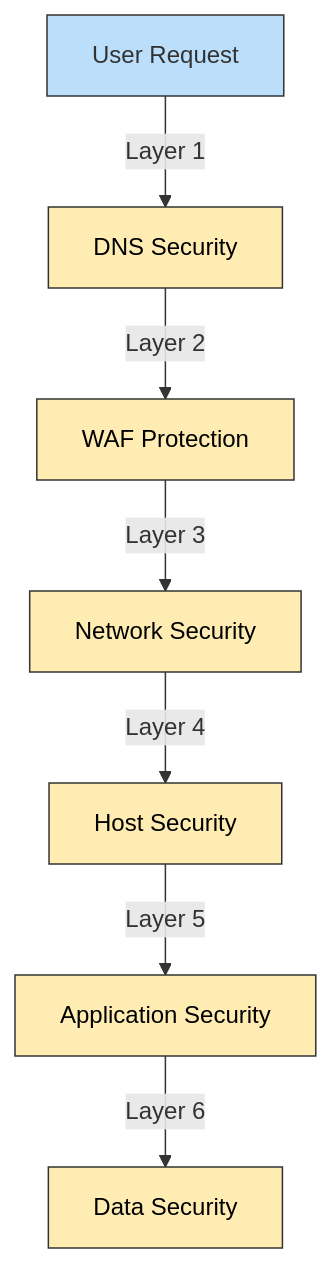
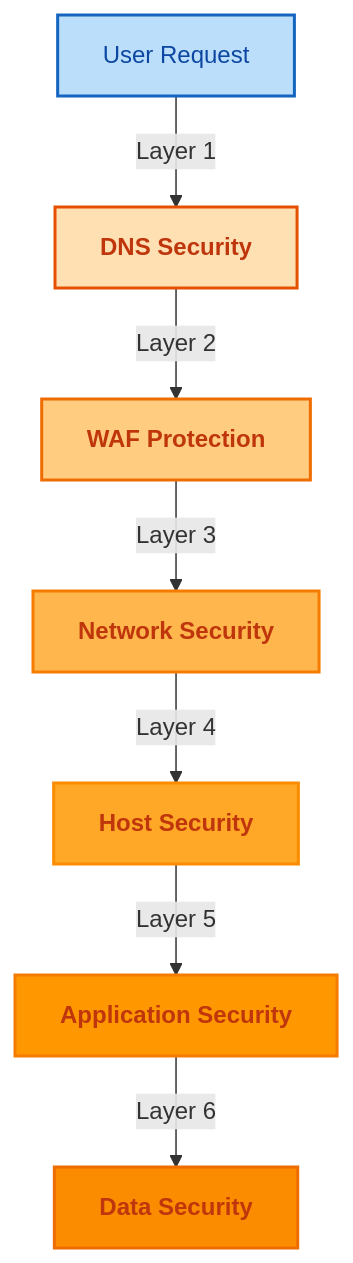
Before and after one commit to Hack23/cia: the eighth of 12 diagrams in SECURITY_ARCHITECTURE.md, drawn with Mermaid. The commit also changed other lines of this file, not shown here.

````diff
--- a/SECURITY_ARCHITECTURE.md
+++ b/SECURITY_ARCHITECTURE.md
@@ -623,17 +658,27 @@
 ```mermaid
 graph TD
+    %% Node styling classes
+    classDef userNode fill:#bbdefb,stroke:#1565c0,stroke-width:2px,color:#0d47a1
+    classDef layer1 fill:#ffe0b2,stroke:#e65100,stroke-width:2px,color:#bf360c,font-weight:bold
+    classDef layer2 fill:#ffcc80,stroke:#ef6c00,stroke-width:2px,color:#bf360c,font-weight:bold
+    classDef layer3 fill:#ffb74d,stroke:#f57c00,stroke-width:2px,color:#bf360c,font-weight:bold
+    classDef layer4 fill:#ffa726,stroke:#fb8c00,stroke-width:2px,color:#bf360c,font-weight:bold
+    classDef layer5 fill:#ff9800,stroke:#f57c00,stroke-width:2px,color:#bf360c,font-weight:bold
+    classDef layer6 fill:#fb8c00,stroke:#ef6c00,stroke-width:2px,color:#bf360c,font-weight:bold
+    
     A[User Request] -->|Layer 1| B[DNS Security]
     B -->|Layer 2| C[WAF Protection]
     C -->|Layer 3| D[Network Security]
     D -->|Layer 4| E[Host Security]
     E -->|Layer 5| F[Application Security]
     F -->|Layer 6| G[Data Security]
     
-    style A fill:#bbdefb,stroke:#333,stroke-width:1px
-    style B fill:#ffecb3,stroke:#333,stroke-width:1px,color:black
-    style C fill:#ffecb3,stroke:#333,stroke-width:1px,color:black
-    style D fill:#ffecb3,stroke:#333,stroke-width:1px,color:black
-    style E fill:#ffecb3,stroke:#333,stroke-width:1px,color:black
-    style F fill:#ffecb3,stroke:#333,stroke-width:1px,color:black
-    style G fill:#ffecb3,stroke:#333,stroke-width:1px,color:black
+    %% Apply styling classes
+    class A userNode
+    class B layer1
+    class C layer2
+    class D layer3
+    class E layer4
+    class F layer5
+    class G layer6
 ```
````
